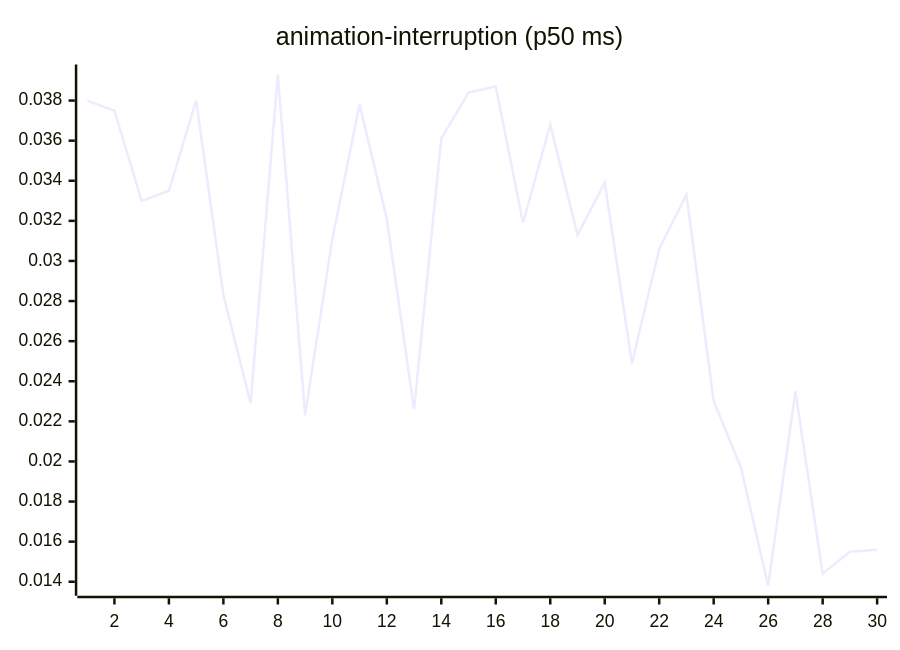
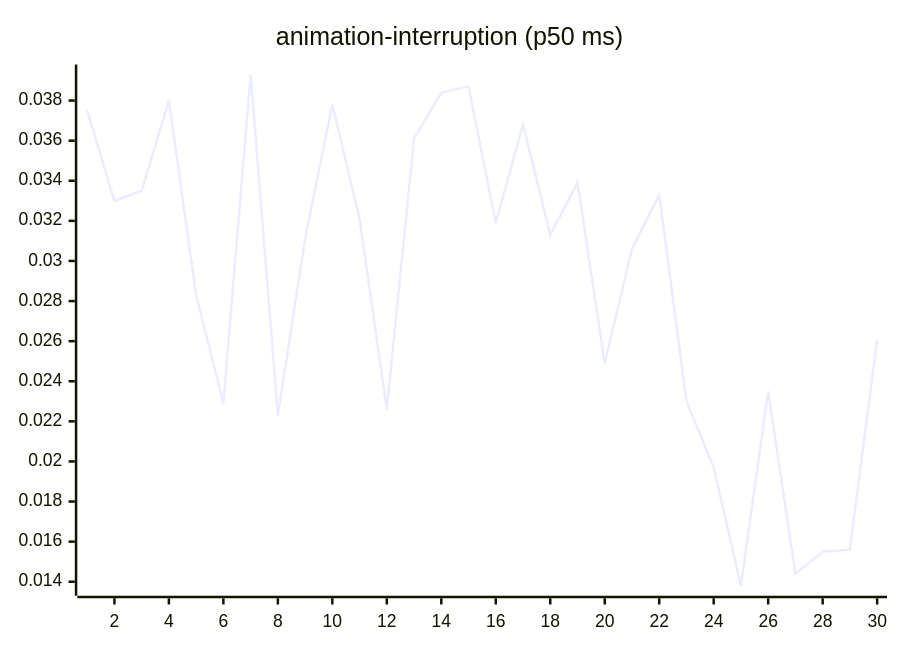
Before and after one commit to josha/Facet: the third of 27 diagrams in README.md, drawn with Mermaid. The commit also changed other lines of this file and 2 other files, not shown here.

````diff
--- a/README.md
+++ b/README.md
@@ -77,6 +77,6 @@
 ```mermaid
 xychart-beta
     title "animation-interruption (p50 ms)"
     x-axis 1 --> 30
-    line [0.0380, 0.0375, 0.0330, 0.0335, 0.0380, 0.0283, 0.0229, 0.0393, 0.0223, 0.0311, 0.0378, 0.0321, 0.0226, 0.0361, 0.0384, 0.0387, 0.0319, 0.0368, 0.0313, 0.0339, 0.0249, 0.0306, 0.0333, 0.0230, 0.0197, 0.0138, 0.0235, 0.0144, 0.0155, 0.0156]
+    line [0.0375, 0.0330, 0.0335, 0.0380, 0.0283, 0.0229, 0.0393, 0.0223, 0.0311, 0.0378, 0.0321, 0.0226, 0.0361, 0.0384, 0.0387, 0.0319, 0.0368, 0.0313, 0.0339, 0.0249, 0.0306, 0.0333, 0.0230, 0.0197, 0.0138, 0.0235, 0.0144, 0.0155, 0.0156, 0.0261]
 ```
````
